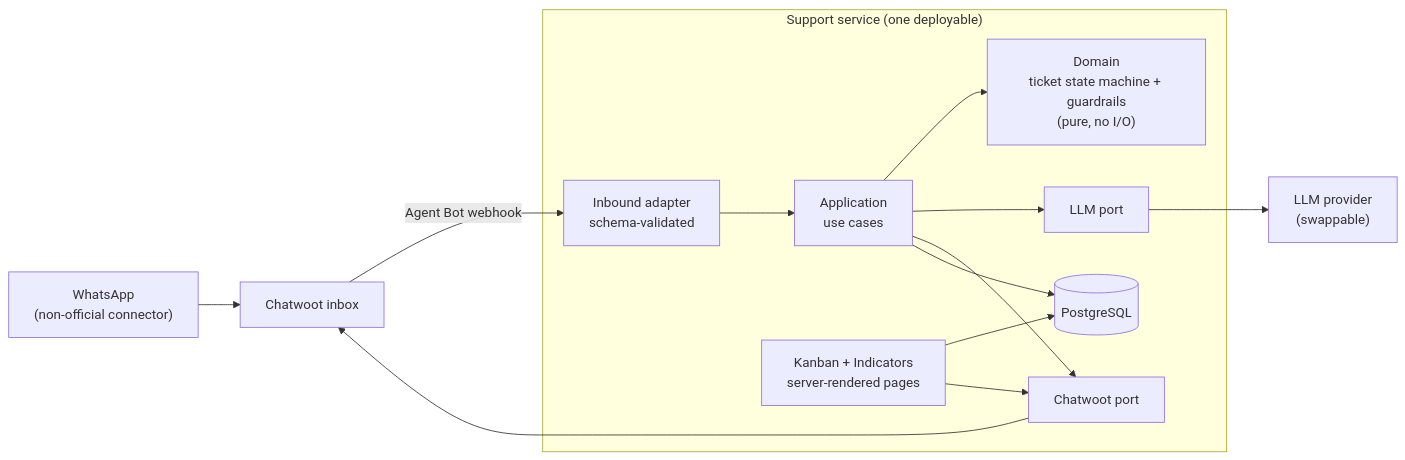
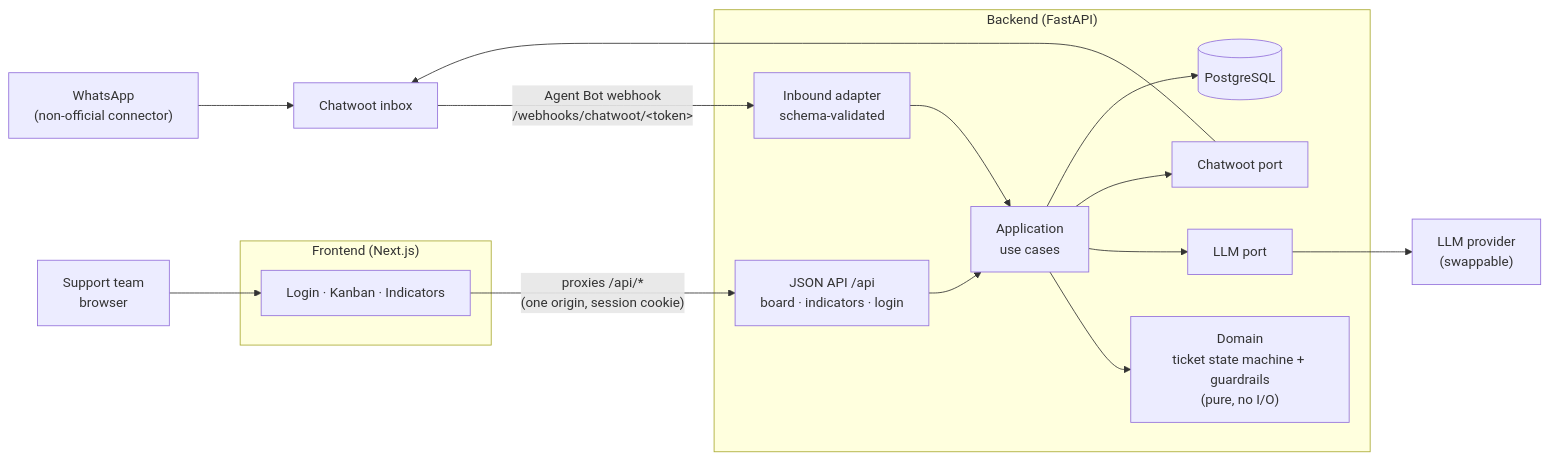
One commit to cauedev30/chatbot-atendimento-geniai changed the first of 2 diagrams in docs/specs/2026-09-23-single-agent-support-bot-design.md. Above: the diagram before and after it, drawn with Mermaid. The commit also changed other lines of this file and 5 other files, not shown here.

First line of the commit message:
docs: add README, architecture, design system and spec updates

````diff
--- a/docs/specs/2026-09-23-single-agent-support-bot-design.md
+++ b/docs/specs/2026-09-23-single-agent-support-bot-design.md
@@ -57,18 +58,23 @@
 ```mermaid
 flowchart LR
     WA["WhatsApp<br/>(non-official connector)"] --> CW["Chatwoot inbox"]
-    CW -- "Agent Bot webhook" --> IN
+    CW -- "Agent Bot webhook<br/>/webhooks/chatwoot/&lt;token&gt;" --> IN
 
-    subgraph SVC["Support service (one deployable)"]
+    subgraph BE["Backend (FastAPI)"]
         IN["Inbound adapter<br/>schema-validated"] --> APP["Application<br/>use cases"]
         APP --> DOM["Domain<br/>ticket state machine + guardrails<br/>(pure, no I/O)"]
         APP --> LLMP["LLM port"]
         APP --> CWP["Chatwoot port"]
         APP --> DB[("PostgreSQL")]
-        UI["Kanban + Indicators<br/>server-rendered pages"] --> DB
-        UI --> CWP
+        API["JSON API /api<br/>board · indicators · login"] --> APP
     end
 
+    subgraph FE["Frontend (Next.js)"]
+        UI["Login · Kanban · Indicators"]
+    end
+
+    Browser["Support team<br/>browser"] --> UI
+    UI -- "proxies /api/*<br/>(one origin, session cookie)" --> API
     LLMP --> LLM["LLM provider<br/>(swappable)"]
     CWP --> CW
 ```
````
